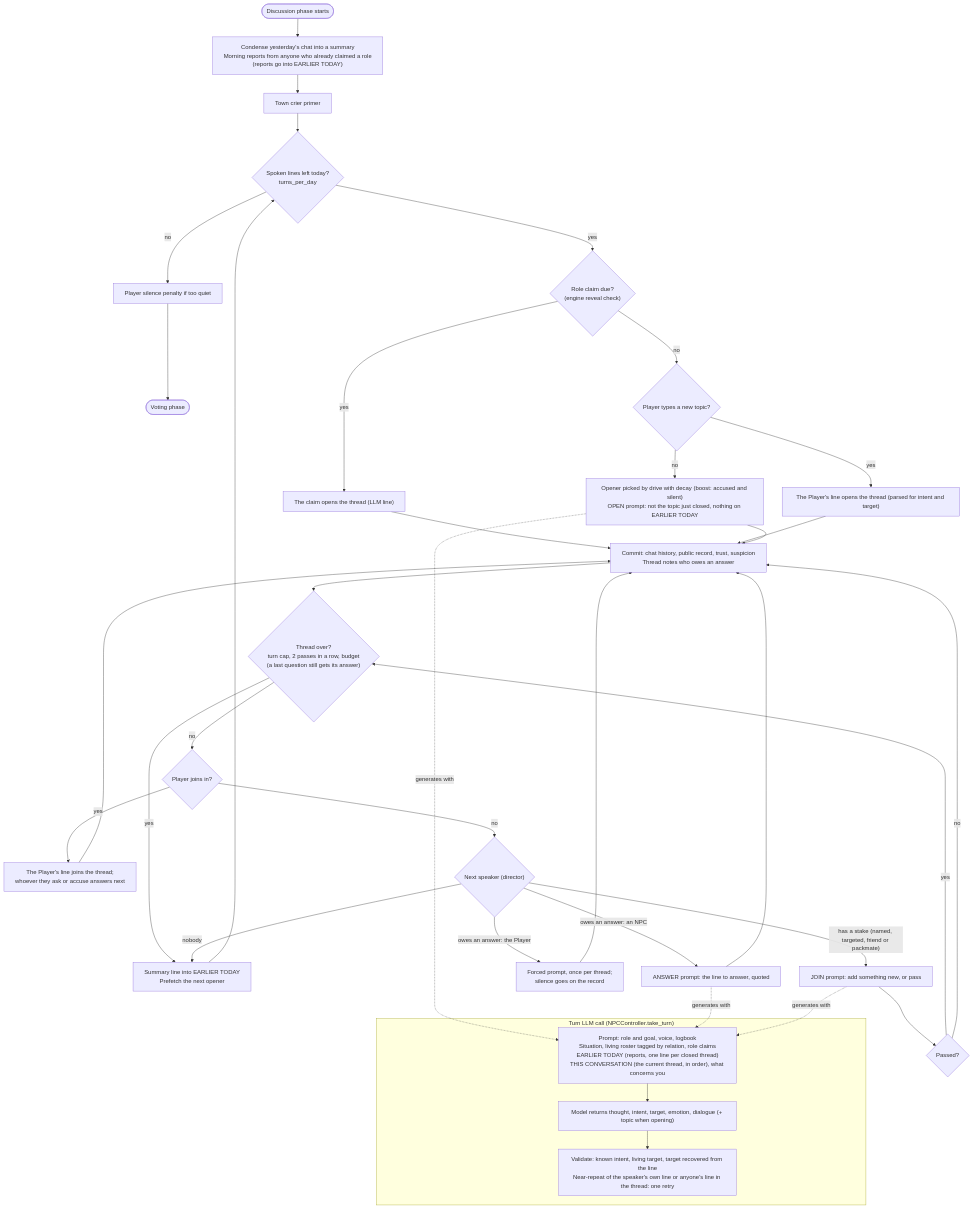
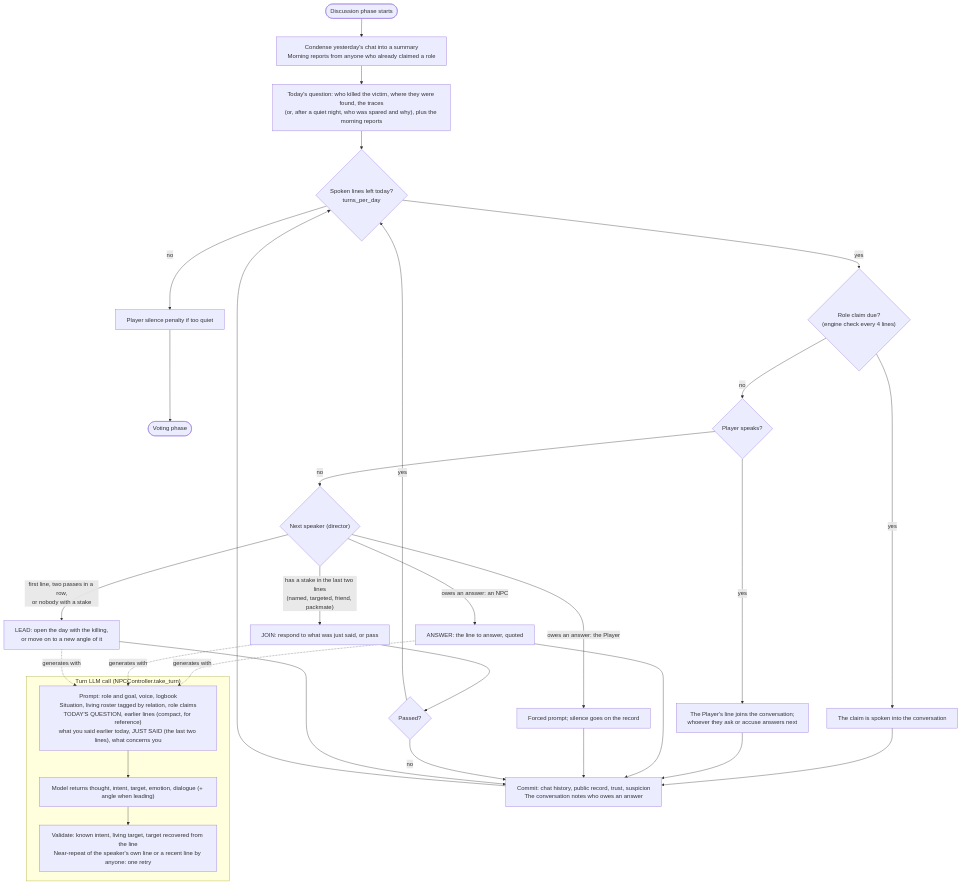
One commit to hjanssena/social_deduction changed the second of 2 diagrams in docs/game-loop.md. Above: the diagram before and after it, drawn with Mermaid. The commit also changed other lines of this file and 14 other files, not shown here.

First line of the commit message:
Make the day's discussion one conversation about the killing

````diff
--- a/docs/game-loop.md
+++ b/docs/game-loop.md
@@ -56,45 +57,39 @@
 ```mermaid
 %%{init: {"flowchart": {"wrappingWidth": 420}}}%%
 flowchart TD
-    begin(["Discussion phase starts"]) --> morning["Condense yesterday's chat into a summary<br/>Morning reports from anyone who already claimed a role<br/>(reports go into EARLIER TODAY)"]
-    morning --> primer["Town crier primer"]
-    primer --> budget{"Spoken lines left today?<br/>turns_per_day"}
+    begin(["Discussion phase starts"]) --> morning["Condense yesterday's chat into a summary<br/>Morning reports from anyone who already claimed a role"]
+    morning --> theme["Today's question: who killed the victim, where they were found, the traces<br/>(or, after a quiet night, who was spared and why), plus the morning reports"]
+    theme --> budget{"Spoken lines left today?<br/>turns_per_day"}
     budget -- no --> silence["Player silence penalty if too quiet"]
     silence --> toVote(["Voting phase"])
 
-    budget -- yes --> claim{"Role claim due?<br/>(engine reveal check)"}
-    claim -- yes --> openClaim["The claim opens the thread (LLM line)"]
-    claim -- no --> pOpen{"Player types a new topic?"}
-    pOpen -- yes --> openPlayer["The Player's line opens the thread (parsed for intent and target)"]
-    pOpen -- no --> openNpc["Opener picked by drive with decay (boost: accused and silent)<br/>OPEN prompt: not the topic just closed, nothing on EARLIER TODAY"]
-    openClaim --> commit
-    openPlayer --> commit
-    openNpc --> commit
+    budget -- yes --> claim{"Role claim due?<br/>(engine check every 4 lines)"}
+    claim -- yes --> claimLine["The claim is spoken into the conversation"]
+    claimLine --> commit
+    claim -- no --> pInput{"Player speaks?"}
+    pInput -- yes --> pTurn["The Player's line joins the conversation;<br/>whoever they ask or accuse answers next"]
+    pTurn --> commit
+    pInput -- no --> next{"Next speaker (director)"}
 
-    commit["Commit: chat history, public record, trust, suspicion<br/>Thread notes who owes an answer"] --> over{"Thread over?<br/>turn cap, 2 passes in a row, budget<br/>(a last question still gets its answer)"}
-    over -- yes --> close["Summary line into EARLIER TODAY<br/>Prefetch the next opener"]
-    close --> budget
-
-    over -- no --> join{"Player joins in?"}
-    join -- yes --> pTurn["The Player's line joins the thread;<br/>whoever they ask or accuse answers next"]
-    pTurn --> commit
-    join -- no --> next{"Next speaker (director)"}
-    next -- "owes an answer: an NPC" --> answer["ANSWER prompt: the line to answer, quoted"]
-    next -- "owes an answer: the Player" --> forced["Forced prompt, once per thread;<br/>silence goes on the record"]
-    next -- "has a stake (named, targeted, friend or packmate)" --> joinNpc["JOIN prompt: add something new, or pass"]
-    next -- "nobody" --> close
+    next -- "owes an answer: an NPC" --> answer["ANSWER: the line to answer, quoted"]
+    next -- "owes an answer: the Player" --> forced["Forced prompt; silence goes on the record"]
+    next -- "has a stake in the last two lines<br/>(named, targeted, friend, packmate)" --> join["JOIN: respond to what was just said, or pass"]
+    next -- "first line, two passes in a row,<br/>or nobody with a stake" --> lead["LEAD: open the day with the killing,<br/>or move on to a new angle of it"]
     answer --> commit
     forced --> commit
-    joinNpc --> passed{"Passed?"}
-    passed -- yes --> over
+    join --> passed{"Passed?"}
+    passed -- yes --> budget
     passed -- no --> commit
+    lead --> commit
+
+    commit["Commit: chat history, public record, trust, suspicion<br/>The conversation notes who owes an answer"] --> budget
 
     subgraph turnCall ["Turn LLM call (NPCController.take_turn)"]
-        ctx["Prompt: role and goal, voice, logbook<br/>Situation, living roster tagged by relation, role claims<br/>EARLIER TODAY (reports, one line per closed thread)<br/>THIS CONVERSATION (the current thread, in order), what concerns you"]
-        ctx --> json["Model returns thought, intent, target, emotion, dialogue (+ topic when opening)"]
-        json --> validate["Validate: known intent, living target, target recovered from the line<br/>Near-repeat of the speaker's own line or anyone's line in the thread: one retry"]
+        ctx["Prompt: role and goal, voice, logbook<br/>Situation, living roster tagged by relation, role claims<br/>TODAY'S QUESTION, earlier lines (compact, for reference)<br/>what you said earlier today, JUST SAID (the last two lines), what concerns you"]
+        ctx --> json["Model returns thought, intent, target, emotion, dialogue (+ angle when leading)"]
+        json --> validate["Validate: known intent, living target, target recovered from the line<br/>Near-repeat of the speaker's own line or a recent line by anyone: one retry"]
     end
-    openNpc -. "generates with" .-> ctx
     answer -. "generates with" .-> ctx
-    joinNpc -. "generates with" .-> ctx
+    join -. "generates with" .-> ctx
+    lead -. "generates with" .-> ctx
 ```
````
